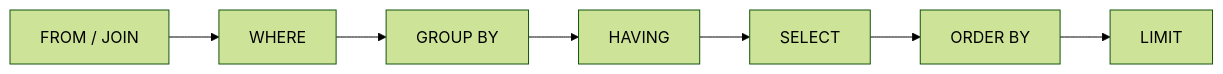
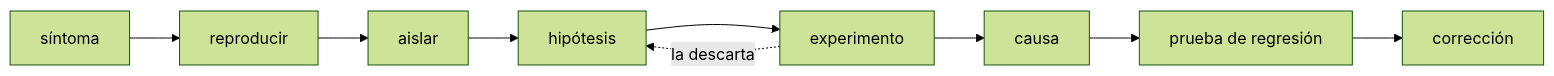
The first of 4 diagrams in web/public/content/foundations/modulo-4.md (NICORUIZ93/The_Imperial_Book), drawn with Mermaid (forest theme) before and after one commit. The commit also changed other lines of this file and 305 other files, not shown here.

````diff
--- a/web/public/content/foundations/modulo-4.md
+++ b/web/public/content/foundations/modulo-4.md
@@ -486,5 +109,6 @@
 ```mermaid
 flowchart LR
-    FROM["FROM / JOIN"] --> WHERE["WHERE"] --> GROUP["GROUP BY"]
-    GROUP --> HAVING["HAVING"] --> SELECT["SELECT"] --> ORDER["ORDER BY"] --> LIMIT["LIMIT"]
+    S["síntoma"] --> R["reproducir"] --> I["aislar"] --> H["hipótesis"]
+    H --> E["experimento"] --> C["causa"] --> T["prueba de regresión"] --> F["corrección"]
+    E -. "la descarta" .-> H
 ```
````
